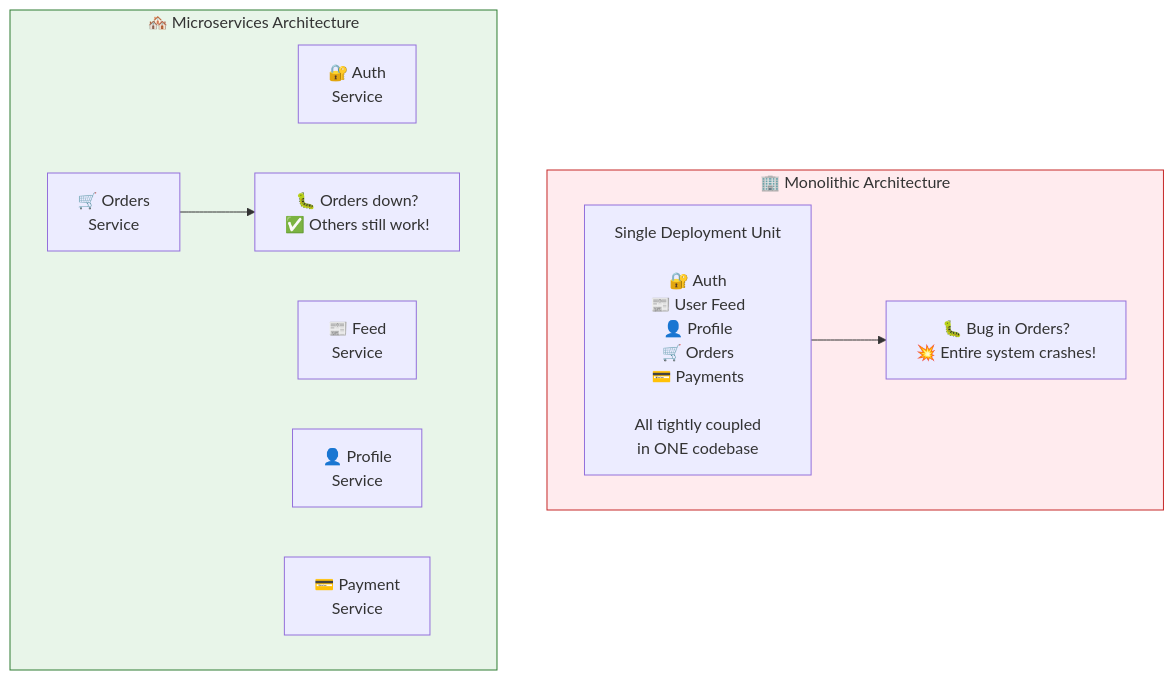
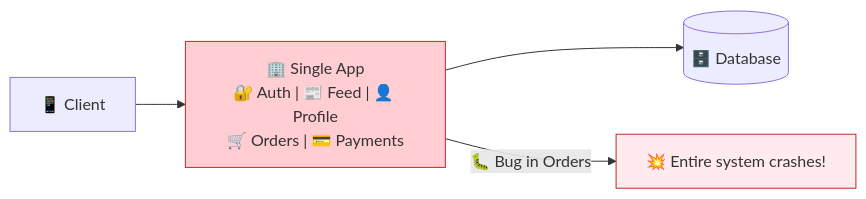
Diagram 19 of 21 in docs/from-youtube/system-design-basics.md (pravn27/system-design-tech-doc), drawn with Mermaid before and after one commit. The commit also changed other lines of this file, not shown here.

Commit message:
system design basics refactor

````diff
--- a/docs/from-youtube/system-design-basics.md
+++ b/docs/from-youtube/system-design-basics.md
@@ -756,22 +758,9 @@
 ```mermaid
-graph TB
-    subgraph Mono ["🏢 Monolithic Architecture"]
-        M_ALL["Single Deployment Unit\n\n🔐 Auth\n📰 User Feed\n👤 Profile\n🛒 Orders\n💳 Payments\n\nAll tightly coupled\nin ONE codebase"]
-        M_BUG["🐛 Bug in Orders?\n💥 Entire system crashes!"]
-        M_ALL --> M_BUG
-    end
+graph LR
+    C["📱 Client"] --> App["🏢 Single App\n🔐 Auth | 📰 Feed | 👤 Profile\n🛒 Orders | 💳 Payments"]
+    App --> DB[("🗄️ Database")]
+    App -- "🐛 Bug in Orders" --> Crash["💥 Entire system crashes!"]
 
-    subgraph Micro ["🏘️ Microservices Architecture"]
-        direction LR
-        MS1["🔐 Auth\nService"]
-        MS2["📰 Feed\nService"]
-        MS3["👤 Profile\nService"]
-        MS4["🛒 Orders\nService"]
-        MS5["💳 Payment\nService"]
-        MS4_bug["🐛 Orders down?\n✅ Others still work!"]
-        MS4 --> MS4_bug
-    end
-
-    style Mono fill:#ffebee,stroke:#c62828
-    style Micro fill:#e8f5e9,stroke:#2e7d32
+    style App fill:#ffcdd2,stroke:#c62828
+    style Crash fill:#ffebee,stroke:#c62828
 ```
````
